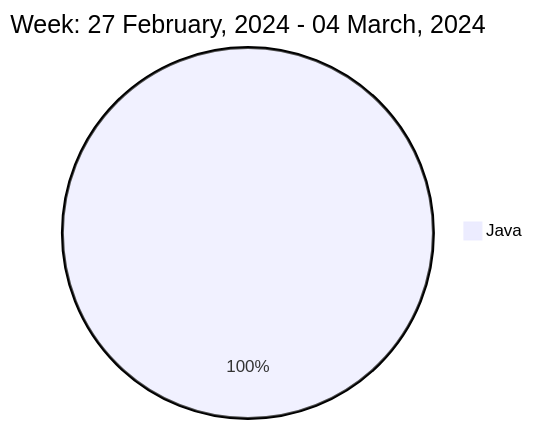
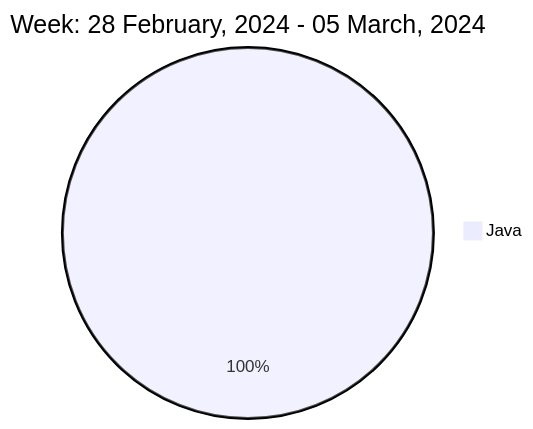
One commit to liubin95/liubin95 changed the diagram in README.md. Above: the diagram before and after it, drawn with Mermaid.

Commit message:
Updated the Graph with new Metrics

````diff
--- a/README.md
+++ b/README.md
@@ -37,5 +37,5 @@
 ```mermaid
  pie
-title Week: 27 February, 2024 - 04 March, 2024
- "Java" : 2.8
+title Week: 28 February, 2024 - 05 March, 2024
+ "Java" : 6.4
 ```
````
